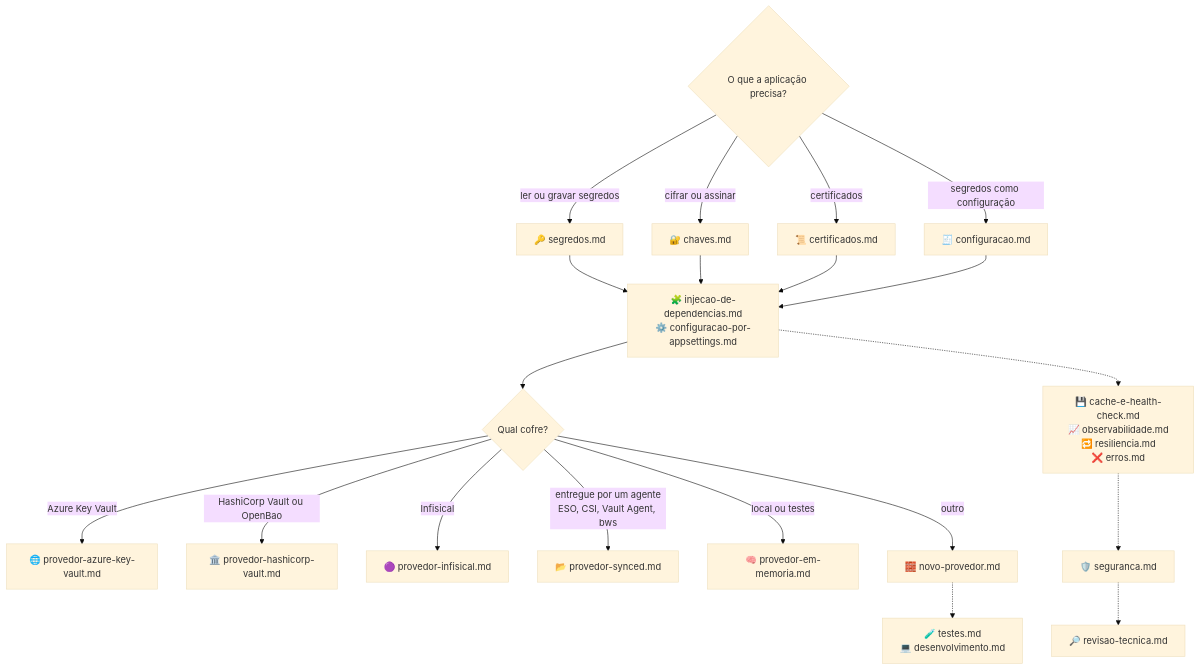
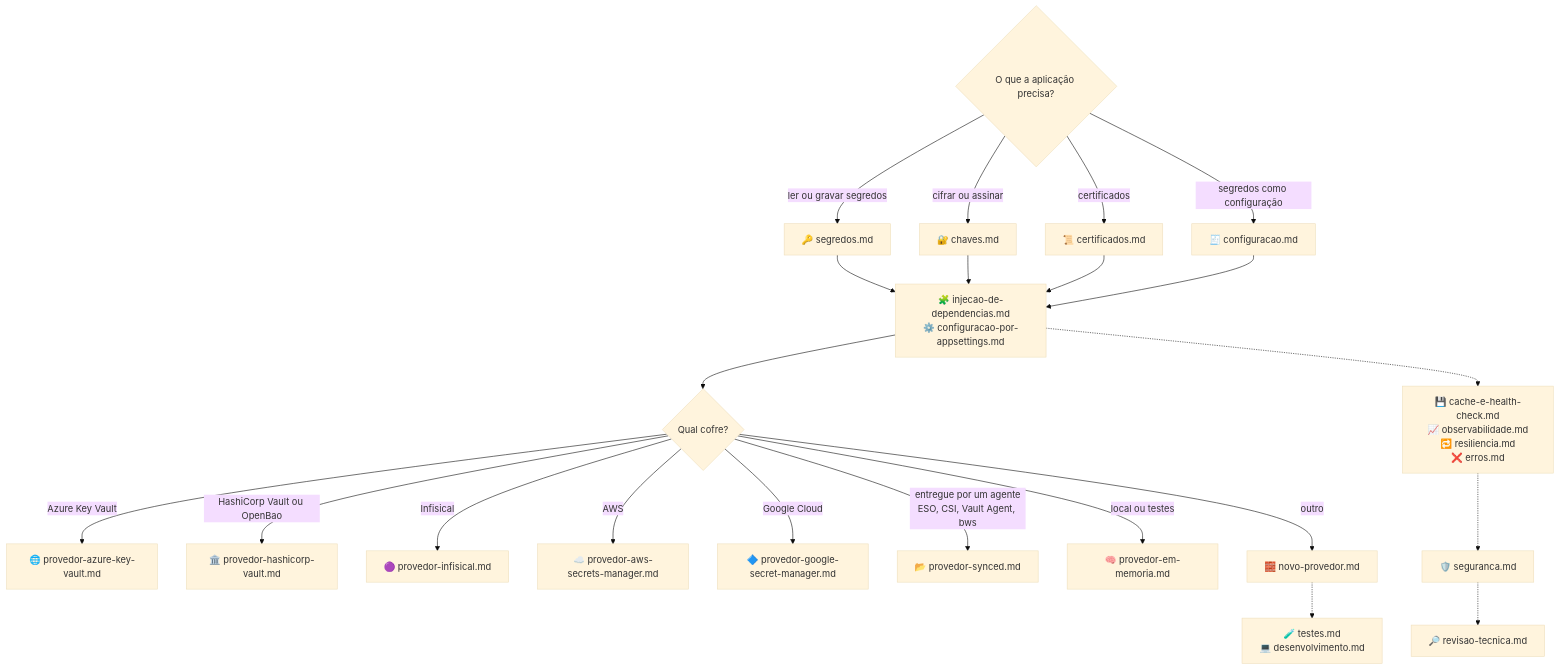
The diagram in docs/README.md (tudoemcodigo/lib-tec-vault), drawn with Mermaid (base theme) before and after one commit. The commit also changed other lines of this file and 98 other files, not shown here.

Commit message:
feat!: provedores AWS/Google no cliente comum, prefixo obrigatório e docs da 0.0.1

````diff
--- a/docs/README.md
+++ b/docs/README.md
@@ -55,19 +55,21 @@
 ```mermaid
 flowchart TD
     Q{"O que a aplicação precisa?"} -->|ler ou gravar segredos| S["🔑 segredos.md"]
     Q -->|cifrar ou assinar| K["🔐 chaves.md"]
     Q -->|certificados| C["📜 certificados.md"]
     Q -->|segredos como configuração| CFG["🧾 configuracao.md"]
     S & K & C & CFG --> R["🧩 injecao-de-dependencias.md<br/>⚙️ configuracao-por-appsettings.md"]
     R --> P{"Qual cofre?"}
     P -->|Azure Key Vault| AZ["🌐 provedor-azure-key-vault.md"]
     P -->|"HashiCorp Vault ou OpenBao"| HC["🏛️ provedor-hashicorp-vault.md"]
     P -->|Infisical| INF["🟣 provedor-infisical.md"]
+    P -->|AWS| AWS["☁️ provedor-aws-secrets-manager.md"]
+    P -->|Google Cloud| GCP["🔷 provedor-google-secret-manager.md"]
     P -->|"entregue por um agente<br/>ESO, CSI, Vault Agent, bws"| SYN["📂 provedor-synced.md"]
     P -->|"local ou testes"| MEM["🧠 provedor-em-memoria.md"]
     P -->|outro| NOVO["🧱 novo-provedor.md"]
     R -.-> OPS["💾 cache-e-health-check.md<br/>📈 observabilidade.md<br/>🔁 resiliencia.md<br/>❌ erros.md"]
     OPS -.-> SEG["🛡️ seguranca.md"]
     NOVO -.-> TST["🧪 testes.md<br/>💻 desenvolvimento.md"]
     SEG -.-> REV["🔎 revisao-tecnica.md"]
 ```
````
